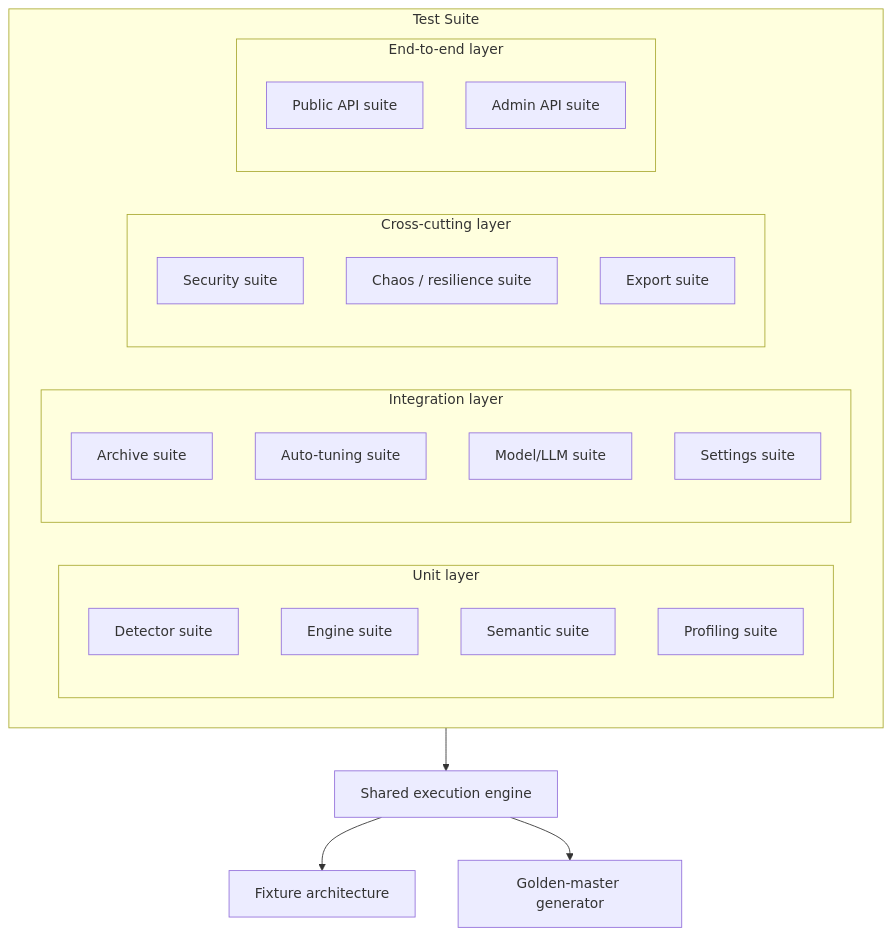
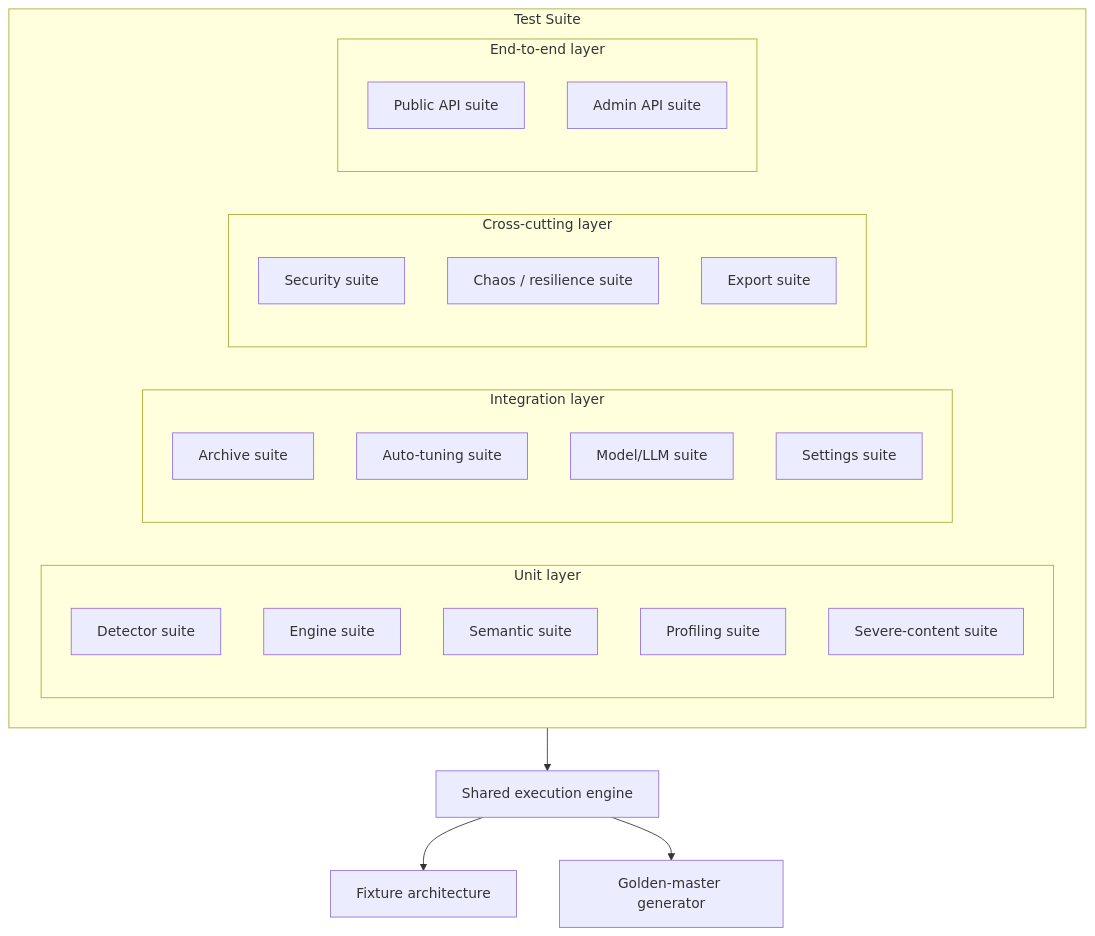
Before and after one commit to biszdevelopers/general-moderation: the second of 14 diagrams in docs/guide/testing.md, drawn with Mermaid. The commit also changed other lines of this file, not shown here.

Commit message:
[DOCS] List the severe-content suite in the test layers

````diff
--- a/docs/guide/testing.md
+++ b/docs/guide/testing.md
@@ -65,29 +65,30 @@
 ```mermaid
 flowchart TB
     subgraph Suite["Test Suite"]
         subgraph U["Unit layer"]
             D["Detector suite"]
             E["Engine suite"]
             S["Semantic suite"]
             P["Profiling suite"]
+            SV["Severe-content suite"]
         end
         subgraph I["Integration layer"]
             A["Archive suite"]
             T["Auto-tuning suite"]
             M["Model/LLM suite"]
             C["Settings suite"]
         end
         subgraph X["Cross-cutting layer"]
             Sec["Security suite"]
             Ch["Chaos / resilience suite"]
             Exp["Export suite"]
         end
         subgraph E2E["End-to-end layer"]
             Pub["Public API suite"]
             Adm["Admin API suite"]
         end
     end
     Suite --> Runner["Shared execution engine"]
     Runner --> Fx["Fixture architecture"]
     Runner --> Gen["Golden-master generator"]
 ```
````
